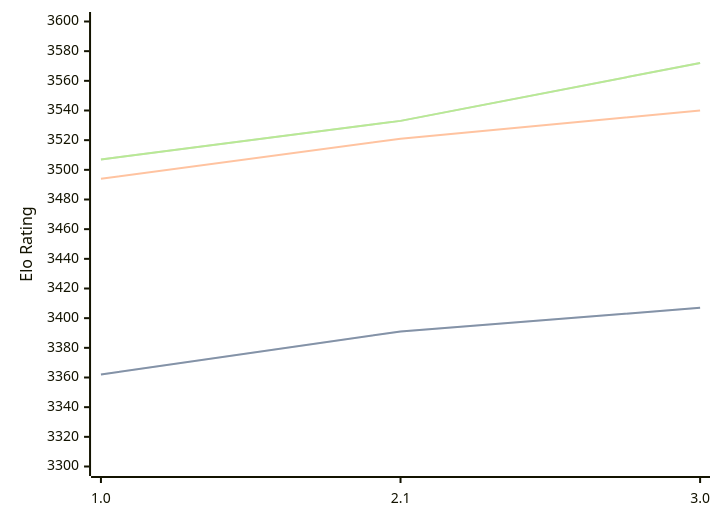
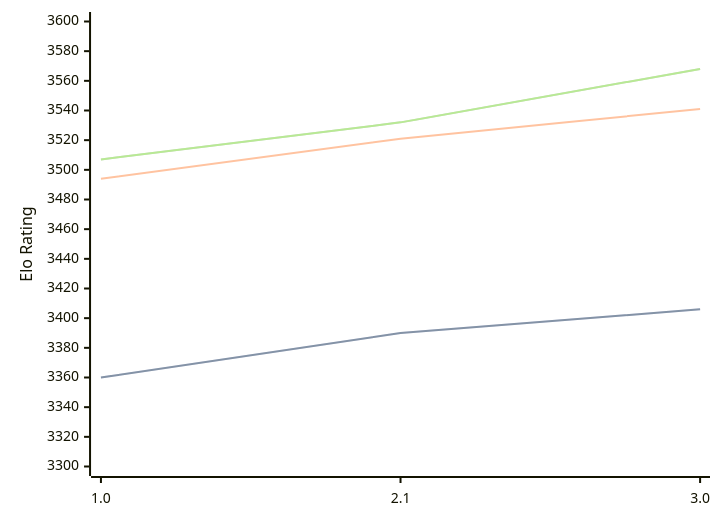
The diagram in engines/Hobbes.md (computer-chess-index/cci), drawn with Mermaid before and after one commit. The commit also changed other lines of this file, not shown here.

Commit message:
Update CCI Ratings (ELO VLTC) - 2026-07-27

````diff
--- a/engines/Hobbes.md
+++ b/engines/Hobbes.md
@@ -34,11 +34,11 @@
 ```mermaid
 %%{init: {"theme":"base","themeVariables":{"seriesColors:['#a3a3a3','#222221','#faa371']}}}%%
 xychart-beta
   x-axis ["1.0", "2.1", "3.0"]
   y-axis "Elo Rating" 3300 --> 3600
-  line "STC (8.0+0.08s)" [3362, 3391, 3407]
-  line "STC (8.0+0.08s)" [3362, 3391, 3407]
-  line "LTC (60.0+0.60s)" [3494, 3521, 3540]
-  line "VLTC (2m24s+1.12s)" [3507, 3533, 3572]
-  line "VLTC (2m24s+1.12s)" [3507, 3533, 3572]
+  line "STC (8.0+0.08s)" [3360, 3390, 3406]
+  line "STC (8.0+0.08s)" [3360, 3390, 3406]
+  line "LTC (60.0+0.60s)" [3494, 3521, 3541]
+  line "VLTC (2m24s+1.12s)" [3507, 3532, 3568]
+  line "VLTC (2m24s+1.12s)" [3507, 3532, 3568]
 ```
````
